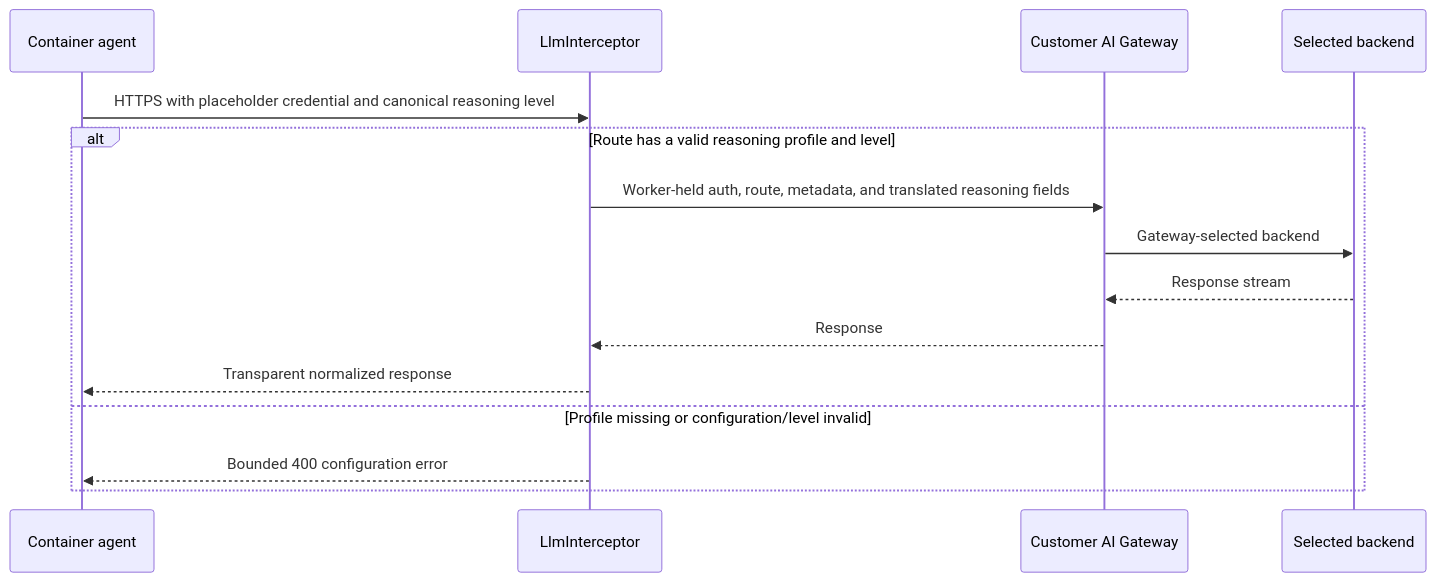
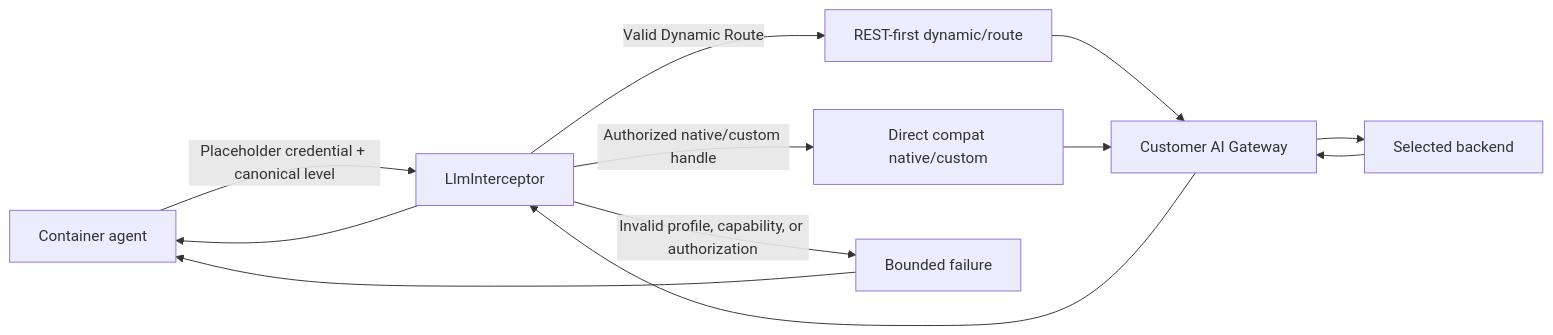
The eighth of 10 diagrams in documentation/lanes/architecture.md (nikolanovoselec/codeflare), drawn with Mermaid before and after one commit. The commit also changed other lines of this file and 161 other files, not shown here.

````diff
--- a/documentation/lanes/architecture.md
+++ b/documentation/lanes/architecture.md
@@ -583,17 +583,14 @@
 ```mermaid
-sequenceDiagram
-    participant C as Container agent
-    participant I as LlmInterceptor
-    participant G as Customer AI Gateway
-    participant P as Selected backend
-    C->>I: HTTPS with placeholder credential and canonical reasoning level
-    alt Route has a valid reasoning profile and level
-        I->>G: Worker-held auth, route, metadata, and translated reasoning fields
-        G->>P: Gateway-selected backend
-        P-->>G: Response stream
-        G-->>I: Response
-        I-->>C: Transparent normalized response
-    else Profile missing or configuration/level invalid
-        I-->>C: Bounded 400 configuration error
-    end
+flowchart LR
+    C["Container agent"] -->|"Placeholder credential + canonical level"| I["LlmInterceptor"]
+    I -->|"Valid Dynamic Route"| D["REST-first dynamic/route"]
+    I -->|"Authorized native/custom handle"| N["Direct compat native/custom"]
+    I -->|"Invalid profile, capability, or authorization"| F["Bounded failure"]
+    F --> C
+    D --> G["Customer AI Gateway"]
+    N --> G
+    G --> P["Selected backend"]
+    P --> G
+    G --> I
+    I --> C
 ```
````
